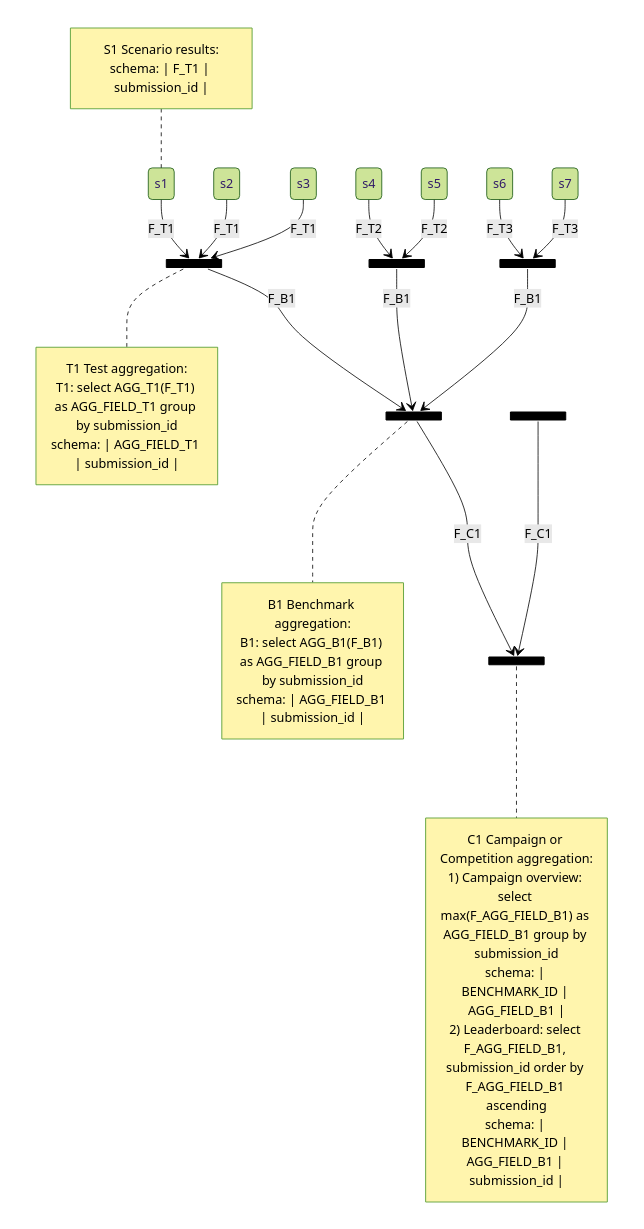
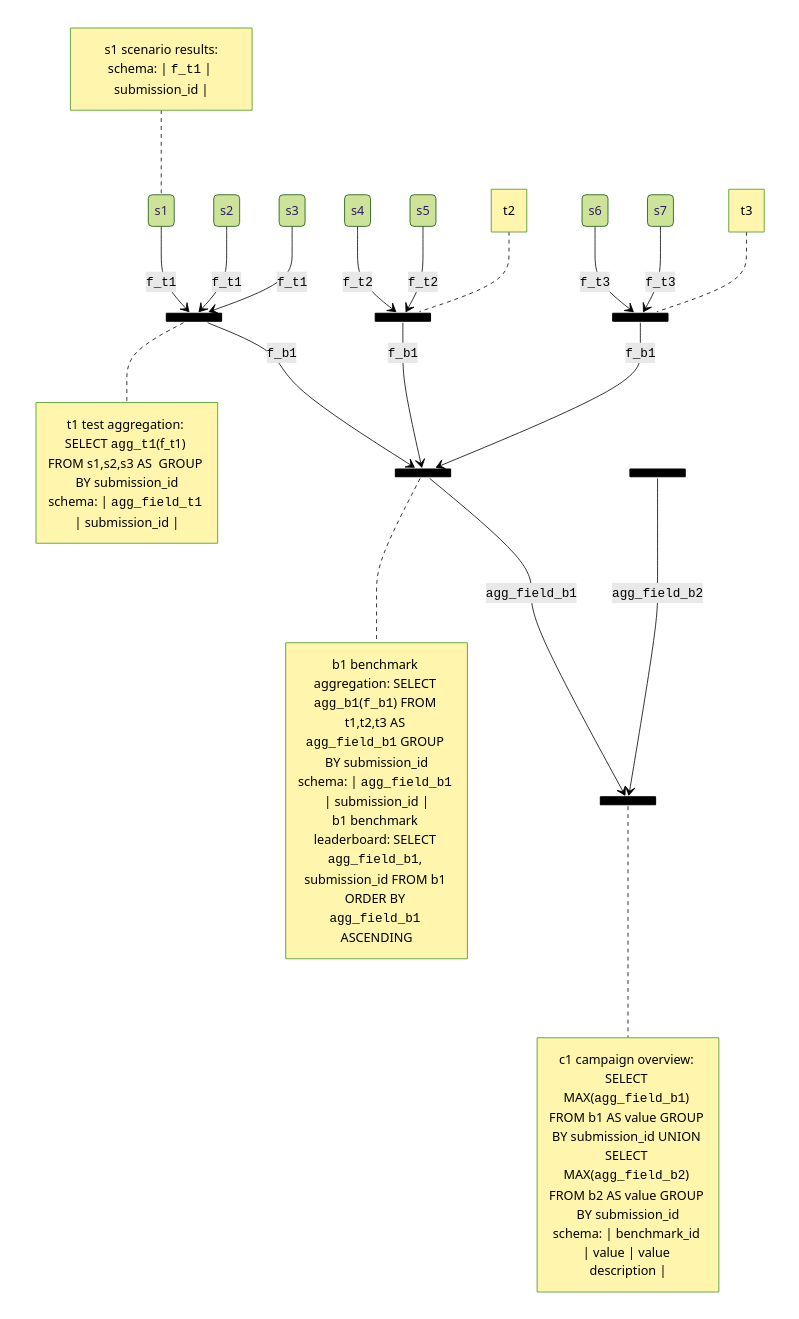
Before and after one commit to flatland-association/flatland-benchmarks: the second of 9 diagrams in docs/ARCHITECTURE.md, drawn with Mermaid (forest theme). The commit also changed other lines of this file, not shown here.

Commit message:
Improved SQL view.

````diff
--- a/docs/ARCHITECTURE.md
+++ b/docs/ARCHITECTURE.md
@@ -403,42 +408,44 @@
 ```mermaid
 stateDiagram-v2
   state t1 <<join>>
   state t2 <<join>>
   state t3 <<join>>
   state b1 <<join>>
   state b2 <<join>>
   state c1 <<join>>
-  s1 --> t1: F_T1
+  s1 --> t1: <code>f_t1</code>
   note left of s1
-    S1 Scenario results:
-    schema: | F_T1 | submission_id |
+    s1 scenario results:
+    schema: | <code>f_t1</code> | submission_id |
   end note
-  s2 --> t1: F_T1
-  s3 --> t1: F_T1
-  s4 --> t2: F_T2
-  s5 --> t2: F_T2
-  s6 --> t3: F_T3
-  s7 --> t3: F_T3
-  t1 --> b1: F_B1
-  t2 --> b1: F_B1
-  t3 --> b1: F_B1
+  s2 --> t1: <code>f_t1</code>
+  s3 --> t1: <code>f_t1</code>
+  s4 --> t2: <code>f_t2</code>
+  s5 --> t2: <code>f_t2</code>
+  s6 --> t3: <code>f_t3</code>
+  s7 --> t3: <code>f_t3</code>
+  t1 --> b1: <code>f_b1</code>
+  t2 --> b1: <code>f_b1</code>
+  t3 --> b1: <code>f_b1</code>
   note right of t1
-    T1 Test aggregation:
-    T1: select AGG_T1(F_T1) as AGG_FIELD_T1 group by submission_id
-    schema: | AGG_FIELD_T1 | submission_id |
+    t1 test aggregation: SELECT <code>agg_t1</code>(f_t1) FROM s1,s2,s3 AS <agg_field_t1> GROUP BY submission_id
+    schema: | <code>agg_field_t1</code> | submission_id |
+  end note
+  note left of t2
+    t2
+  end note
+  note left of t3
+    t3
   end note
   note right of b1
-    B1 Benchmark aggregation:
-    B1: select AGG_B1(F_B1) as AGG_FIELD_B1 group by submission_id
-    schema: | AGG_FIELD_B1 | submission_id |
+    b1 benchmark aggregation: SELECT <code>agg_b1</code>(<code>f_b1</code>) FROM t1,t2,t3 AS <code>agg_field_b1</code> GROUP BY submission_id
+    schema: | <code>agg_field_b1</code> | submission_id |
+    b1 benchmark leaderboard: SELECT <code>agg_field_b1</code>, submission_id FROM b1 ORDER BY <code>agg_field_b1</code> ASCENDING
   end note
-  b1 --> c1: F_C1
+  b1 --> c1: <code>agg_field_b1</code>
+  b2 --> c1: <code>agg_field_b2</code>
   note right of c1
-    C1 Campaign or Competition aggregation:
-    1) Campaign overview: select max(F_AGG_FIELD_B1) as AGG_FIELD_B1 group by submission_id
-    schema: | BENCHMARK_ID | AGG_FIELD_B1 |
-    2) Leaderboard: select F_AGG_FIELD_B1, submission_id order by F_AGG_FIELD_B1 ascending
-    schema: | BENCHMARK_ID | AGG_FIELD_B1 | submission_id |
+    c1 campaign overview: SELECT MAX(<code>agg_field_b1</code>) FROM b1 AS value GROUP BY submission_id UNION SELECT MAX(<code>agg_field_b2</code>) FROM b2 AS value GROUP BY submission_id
+    schema: | benchmark_id | value | value description |
   end note
-  b2 --> c1: F_C1
 ```
````
